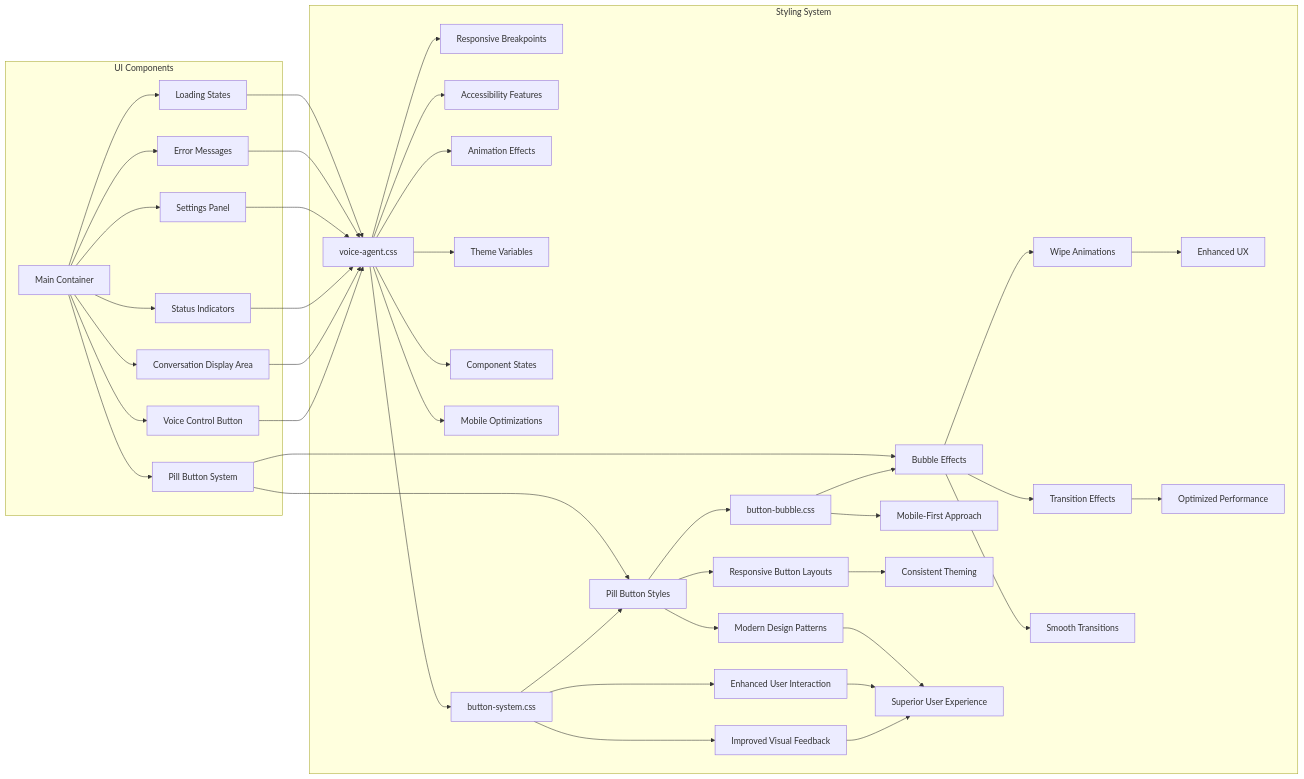
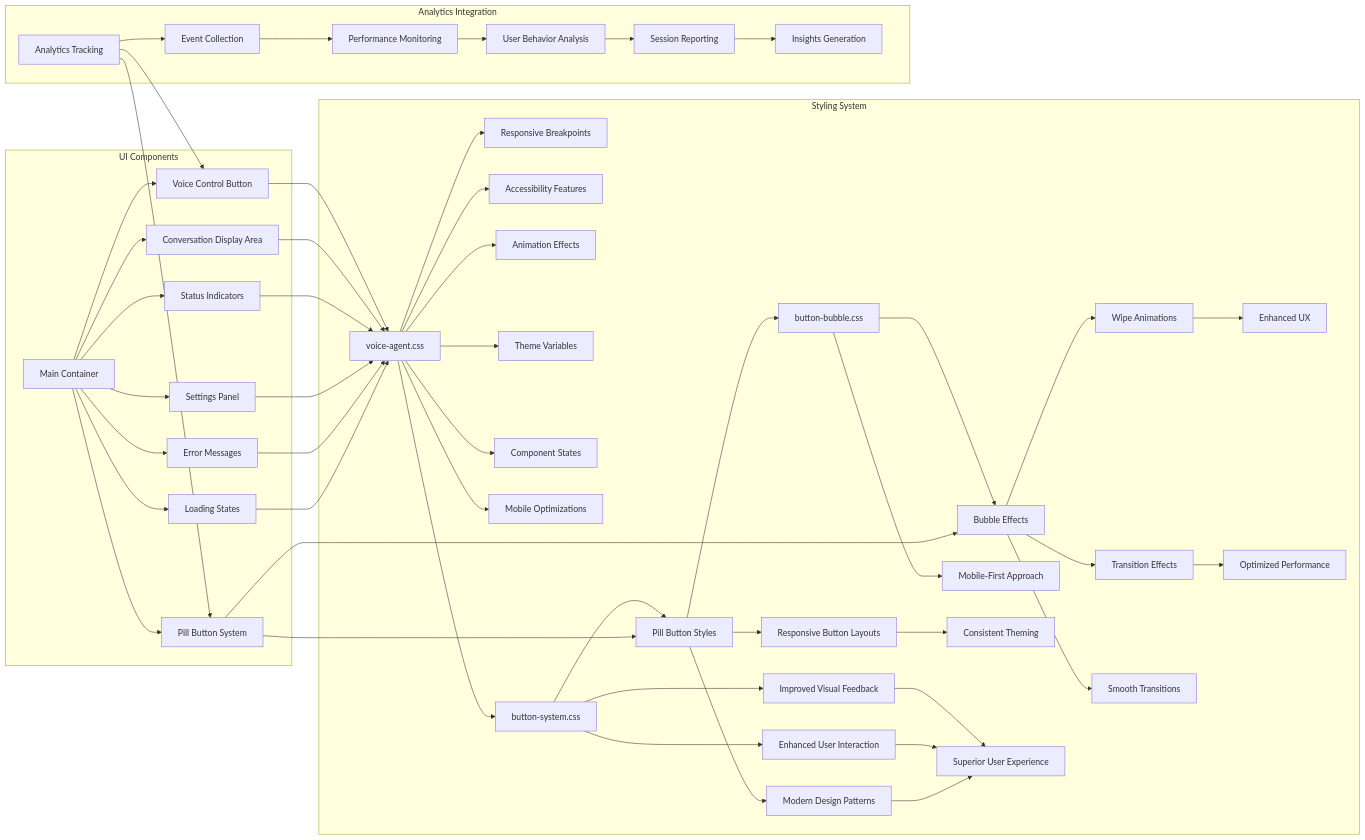
One commit to Theja4/podiummomentum changed the seventh of 9 diagrams in .qoder/repowiki/en/content/Component Architecture/Core Components/Voice AI Agent Demo.md. Above: the diagram before and after it, drawn with Mermaid. The commit also changed other lines of this file and 48 other files, not shown here.

````diff
--- a/.qoder/repowiki/en/content/Component Architecture/Core Components/Voice AI Agent Demo.md
+++ b/.qoder/repowiki/en/content/Component Architecture/Core Components/Voice AI Agent Demo.md
@@ -282,46 +427,55 @@
 ```mermaid
 graph LR
 subgraph "UI Components"
 A[Main Container] --> B[Voice Control Button]
 A --> C[Conversation Display Area]
 A --> D[Status Indicators]
 A --> E[Settings Panel]
 A --> F[Error Messages]
 A --> G[Loading States]
 A --> H[Pill Button System]
 end
 subgraph "Styling System"
 I[voice-agent.css] --> J[Responsive Breakpoints]
 I --> K[Accessibility Features]
 I --> L[Animation Effects]
 I --> M[Theme Variables]
 I --> N[Component States]
 I --> O[Mobile Optimizations]
 I --> P[Enhanced Hover Edge Styling]
 P --> Q[Improved Visual Feedback]
 P --> R[Enhanced User Interaction]
 P[button-system.css] --> S[Pill Button Styles]
 S --> T[Call-to-Action Patterns]
 S --> U[Responsive Button Layouts]
 T[button-bubble.css] --> V[Bubble Effects]
 V --> W[Wipe Animations]
 V --> X[Transition Effects]
 S --> Y[Modern Design Patterns]
 T --> Z[Mobile-First Approach]
 U --> AA[Consistent Theming]
 V --> BB[Smooth Transitions]
 W --> CC[Enhanced UX]
 X --> DD[Optimized Performance]
 Q --> EE[Superior User Experience]
 R --> EE
 end
+subgraph "Analytics Integration"
+FF[Analytics Tracking] --> GG[Event Collection]
+GG --> HH[Performance Monitoring]
+HH --> II[User Behavior Analysis]
+II --> JJ[Session Reporting]
+JJ --> KK[Insights Generation]
+end
 B --> I
 C --> I
 D --> I
 E --> I
 F --> I
 G --> I
 H --> S
 H --> V
 Y --> EE
+FF --> B
+FF --> H
 ```
````
